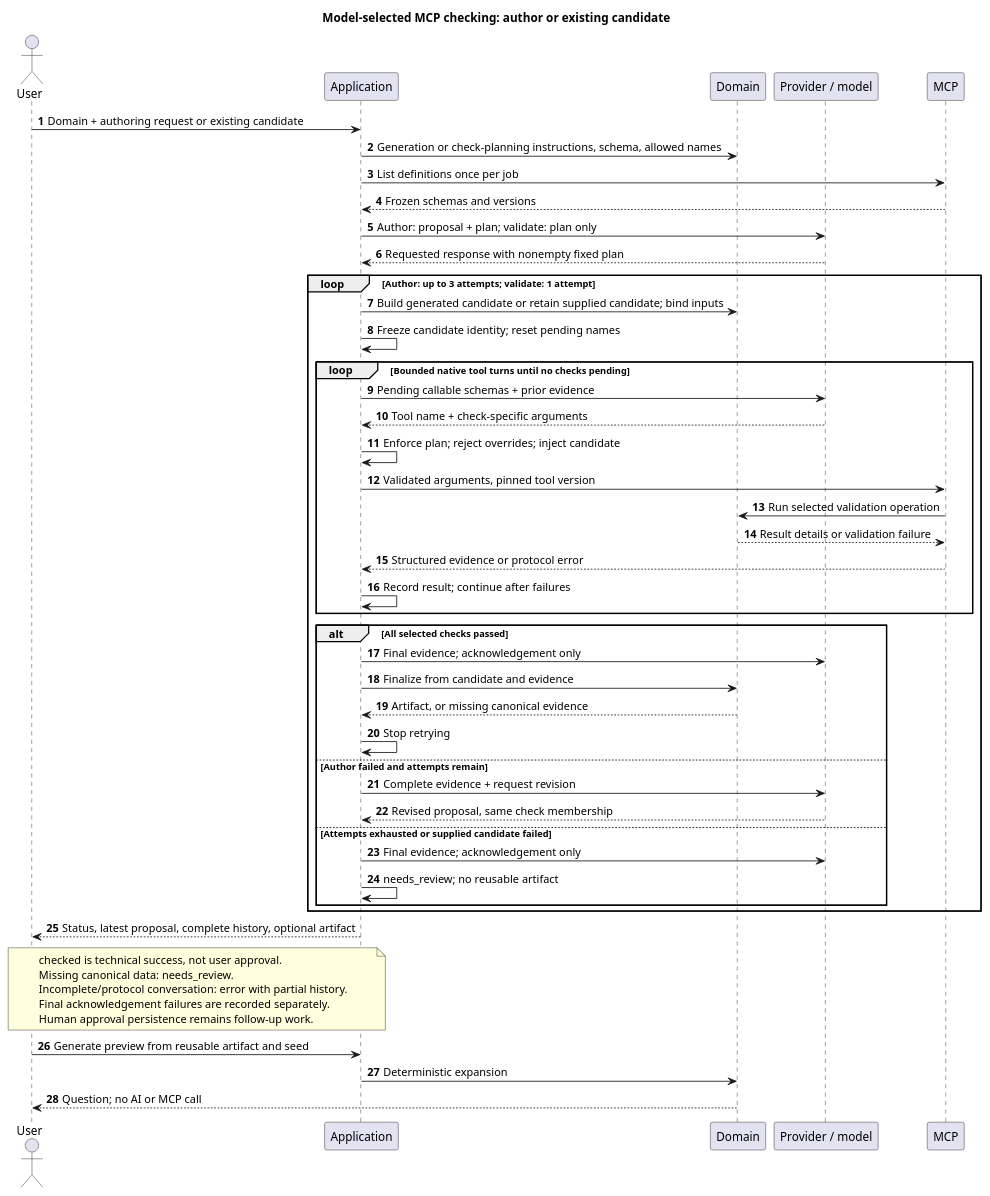
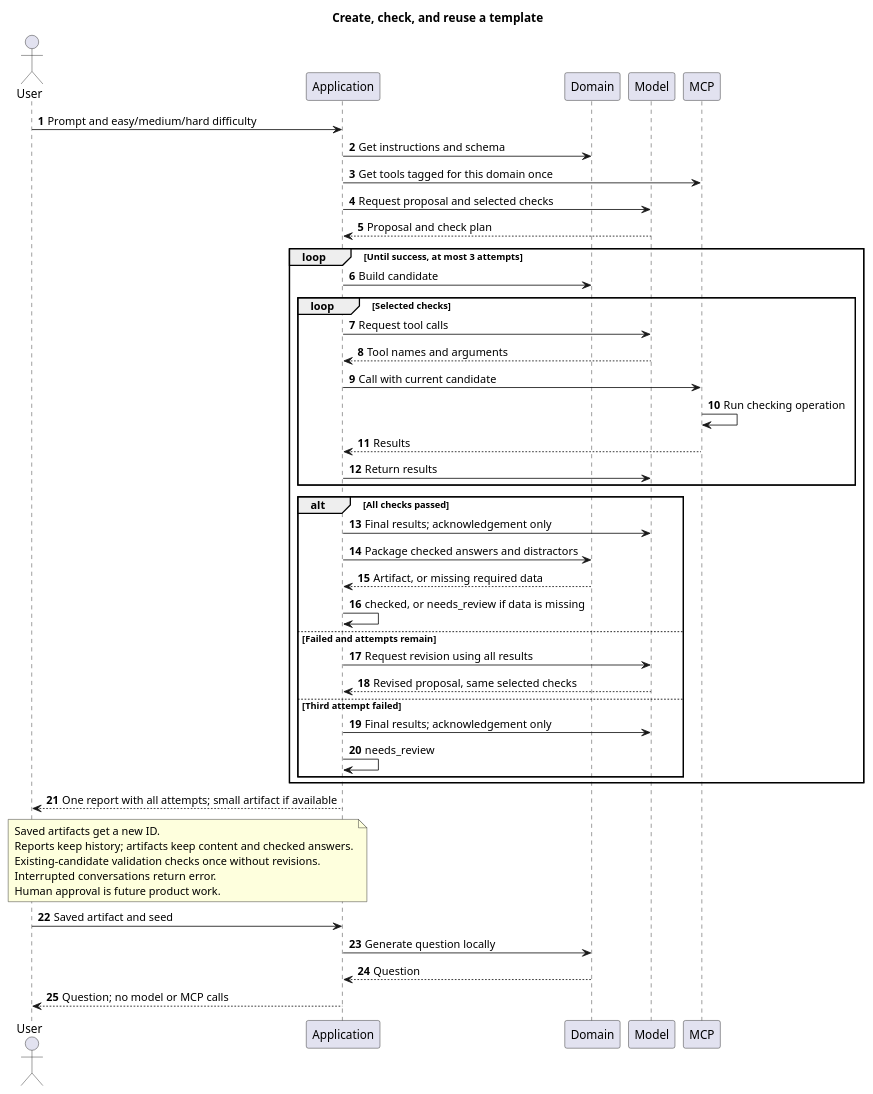
The diagram in docs/question-generation/generate-template.puml (edcraft-org/ai), drawn with PlantUML before and after one commit. The commit also changed 80 other files, not shown here.

First line of the commit message:
refactor: simplify MCP checks and template authoring (#66)

```diff
--- a/docs/question-generation/generate-template.puml
+++ b/docs/question-generation/generate-template.puml
@@ -1,52 +1,53 @@
 @startuml TemplateGeneration
-title Model-selected MCP checking: author or existing candidate
+title Create, check, and reuse a template
 autonumber
 actor User
 participant Application as App
 participant Domain
-participant "Provider / model" as Model
+participant Model
 participant MCP
-User -> App: Domain + authoring request or existing candidate
-App -> Domain: Generation or check-planning instructions, schema, allowed names
-App -> MCP: List definitions once per job
-MCP --> App: Frozen schemas and versions
-App -> Model: Author: proposal + plan; validate: plan only
-Model --> App: Requested response with nonempty fixed plan
-loop Author: up to 3 attempts; validate: 1 attempt
-    App -> Domain: Build generated candidate or retain supplied candidate; bind inputs
-    App -> App: Freeze candidate identity; reset pending names
-    loop Bounded native tool turns until no checks pending
-        App -> Model: Pending callable schemas + prior evidence
-        Model --> App: Tool name + check-specific arguments
-        App -> App: Enforce plan; reject overrides; inject candidate
-        App -> MCP: Validated arguments, pinned tool version
-        MCP -> Domain: Run selected validation operation
-        Domain --> MCP: Result details or validation failure
-        MCP --> App: Structured evidence or protocol error
-        App -> App: Record result; continue after failures
+
+User -> App: Prompt and easy/medium/hard difficulty
+App -> Domain: Get instructions and schema
+App -> MCP: Get tools tagged for this domain once
+App -> Model: Request proposal and selected checks
+Model --> App: Proposal and check plan
+
+loop Until success, at most 3 attempts
+    App -> Domain: Build candidate
+    loop Selected checks
+        App -> Model: Request tool calls
+        Model --> App: Tool names and arguments
+        App -> MCP: Call with current candidate
+        MCP -> MCP: Run checking operation
+        MCP --> App: Results
+        App -> Model: Return results
     end
-    alt All selected checks passed
-        App -> Model: Final evidence; acknowledgement only
-        App -> Domain: Finalize from candidate and evidence
-        Domain --> App: Artifact, or missing canonical evidence
-        App -> App: Stop retrying
-    else Author failed and attempts remain
-        App -> Model: Complete evidence + request revision
-        Model --> App: Revised proposal, same check membership
-    else Attempts exhausted or supplied candidate failed
-        App -> Model: Final evidence; acknowledgement only
-        App -> App: needs_review; no reusable artifact
+    alt All checks passed
+        App -> Model: Final results; acknowledgement only
+        App -> Domain: Package checked answers and distractors
+        Domain --> App: Artifact, or missing required data
+        App -> App: checked, or needs_review if data is missing
+    else Failed and attempts remain
+        App -> Model: Request revision using all results
+        Model --> App: Revised proposal, same selected checks
+    else Third attempt failed
+        App -> Model: Final results; acknowledgement only
+        App -> App: needs_review
     end
 end
-App --> User: Status, latest proposal, complete history, optional artifact
+App --> User: One report with all attempts; small artifact if available
+
 note over App, User
-checked is technical success, not user approval.
-Missing canonical data: needs_review.
-Incomplete/protocol conversation: error with partial history.
-Final acknowledgement failures are recorded separately.
-Human approval persistence remains follow-up work.
+Saved artifacts get a new ID.
+Reports keep history; artifacts keep content and checked answers.
+Existing-candidate validation checks once without revisions.
+Interrupted conversations return error.
+Human approval is future product work.
 end note
-User -> App: Generate preview from reusable artifact and seed
-App -> Domain: Deterministic expansion
-Domain --> User: Question; no AI or MCP call
+
+User -> App: Saved artifact and seed
+App -> Domain: Generate question locally
+Domain --> App: Question
+App --> User: Question; no model or MCP calls
 @enduml
```
